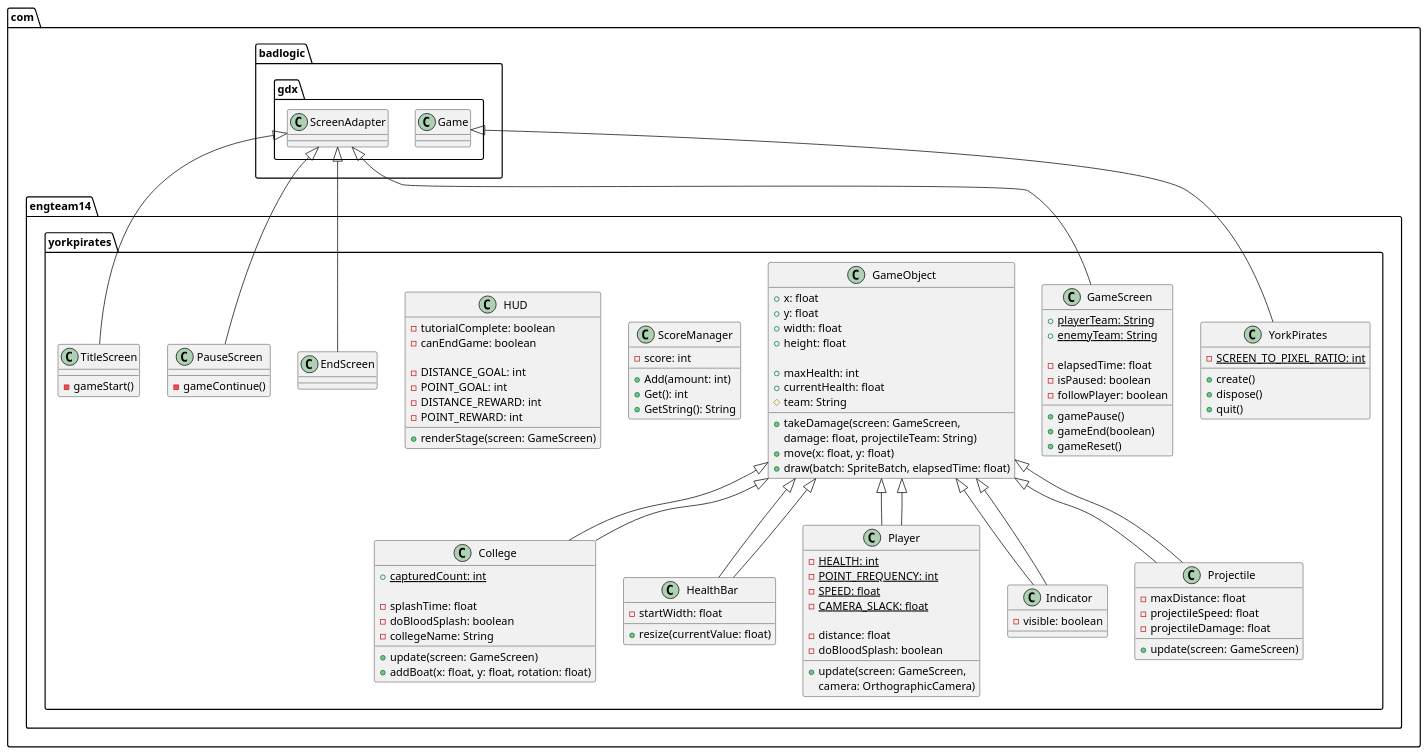
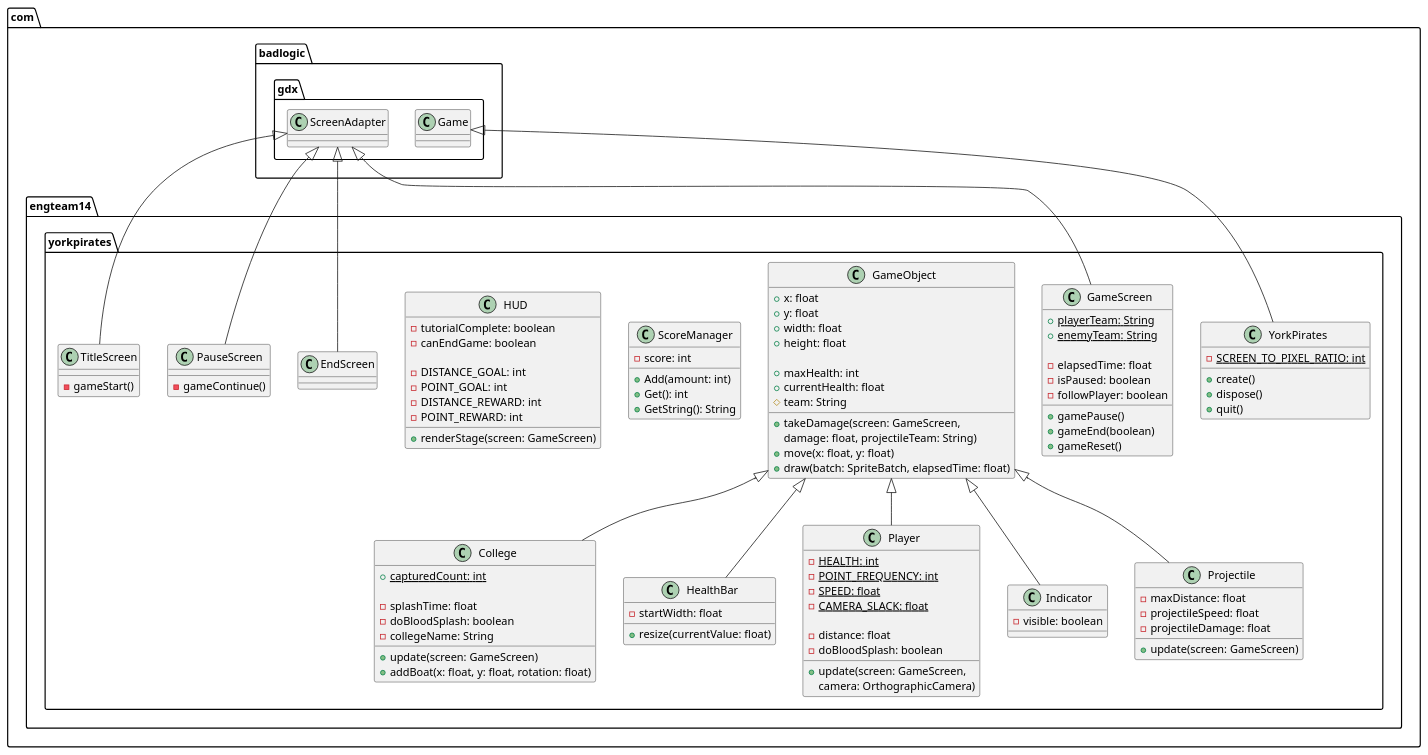
The diagram in Inheritence.puml (kingofyb/yorkpirates-Team12), drawn with PlantUML before and after one commit.

Commit message:
Updated plantuml diagram

```diff
--- a/Inheritence.puml
+++ b/Inheritence.puml
@@ -1,129 +1,123 @@
 @startuml
 
 class com.engteam14.yorkpirates.GameScreen {
 + {static} playerTeam: String
 + {static} enemyTeam: String
 
 - elapsedTime: float
 - isPaused: boolean
 - followPlayer: boolean
 
 + gamePause()
 + gameEnd(boolean)
 + gameReset()
 }
 
 class com.engteam14.yorkpirates.YorkPirates {
 - {static} SCREEN_TO_PIXEL_RATIO: int
 
 + create()
 + dispose()
 + quit()
 }
 
 class com.engteam14.yorkpirates.GameObject {
 + x: float
 + y: float
 + width: float
 + height: float
 
 + maxHealth: int
 + currentHealth: float
 # team: String
 
 + takeDamage(screen: GameScreen,
 damage: float, projectileTeam: String)
 + move(x: float, y: float)
 + draw(batch: SpriteBatch, elapsedTime: float)
 }
 
 class com.engteam14.yorkpirates.ScoreManager {
 - score: int
 + Add(amount: int)
 + Get(): int
 + GetString(): String
 }
 
 class com.engteam14.yorkpirates.HUD {
 - tutorialComplete: boolean
 - canEndGame: boolean
 
 - DISTANCE_GOAL: int
 - POINT_GOAL: int
 - DISTANCE_REWARD: int
 - POINT_REWARD: int
 
 + renderStage(screen: GameScreen)
 }
 
 class com.engteam14.yorkpirates.College {
 + {static} capturedCount: int
 
 - splashTime: float
 - doBloodSplash: boolean
 - collegeName: String
 
 + update(screen: GameScreen)
 + addBoat(x: float, y: float, rotation: float)
 }
 
 class com.engteam14.yorkpirates.TitleScreen {
 - gameStart()
 }
 
 class com.engteam14.yorkpirates.HealthBar {
 - startWidth: float
 
 + resize(currentValue: float)
 }
 
 class com.engteam14.yorkpirates.EndScreen {
 }
 
 class com.engteam14.yorkpirates.Player {
 - {static} HEALTH: int
 - {static} POINT_FREQUENCY: int
 - {static} SPEED: float
 - {static} CAMERA_SLACK: float
 
 - distance: float
 - doBloodSplash: boolean
 
 + update(screen: GameScreen,
 camera: OrthographicCamera)
 }
 
 class com.engteam14.yorkpirates.PauseScreen {
 - gameContinue()
 }
 
 class com.engteam14.yorkpirates.Indicator {
 - visible: boolean
 }
 
 class com.engteam14.yorkpirates.Projectile {
 - maxDistance: float
 - projectileSpeed: float
 - projectileDamage: float
 
 + update(screen: GameScreen)
 }
 
 com.badlogic.gdx.ScreenAdapter <|-- com.engteam14.yorkpirates.GameScreen
 com.badlogic.gdx.Game <|-- com.engteam14.yorkpirates.YorkPirates
 com.engteam14.yorkpirates.GameObject <|-- com.engteam14.yorkpirates.College
 com.badlogic.gdx.ScreenAdapter <|-- com.engteam14.yorkpirates.TitleScreen
 com.engteam14.yorkpirates.GameObject <|-- com.engteam14.yorkpirates.HealthBar
 com.badlogic.gdx.ScreenAdapter <|-- com.engteam14.yorkpirates.EndScreen
 com.engteam14.yorkpirates.GameObject <|-- com.engteam14.yorkpirates.Player
 com.badlogic.gdx.ScreenAdapter <|-- com.engteam14.yorkpirates.PauseScreen
 com.engteam14.yorkpirates.GameObject <|-- com.engteam14.yorkpirates.Indicator
 com.engteam14.yorkpirates.GameObject <|-- com.engteam14.yorkpirates.Projectile
 
-com.engteam14.yorkpirates.GameObject <|-- com.engteam14.yorkpirates.College
-com.engteam14.yorkpirates.GameObject <|-- com.engteam14.yorkpirates.HealthBar
-com.engteam14.yorkpirates.GameObject <|-- com.engteam14.yorkpirates.Player
-com.engteam14.yorkpirates.GameObject <|-- com.engteam14.yorkpirates.Indicator
-com.engteam14.yorkpirates.GameObject <|-- com.engteam14.yorkpirates.Projectile
-
 @enduml
```
